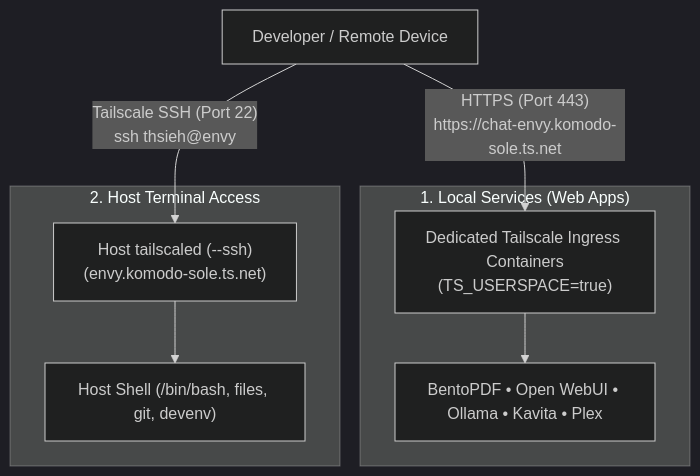
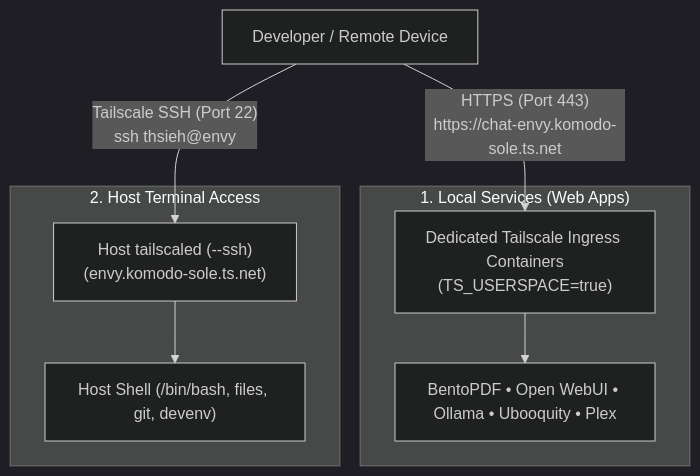
Before and after one commit to TonyHsieh/setup-linux-scripts: the second of 2 diagrams in docs/tailscale-ssh.md, drawn with Mermaid (dark theme). The commit also changed 6 other files, not shown here.

Commit message:
feat(services): replace Kavita with Ubooquity 3 and document Tailscale FQDN pattern

````diff
--- a/docs/tailscale-ssh.md
+++ b/docs/tailscale-ssh.md
@@ -50,19 +50,19 @@
 ```mermaid
 flowchart TD
     User["Developer / Remote Device"]
 
     subgraph WebServices["1. Local Services (Web Apps)"]
         Sidecars["Dedicated Tailscale Ingress Containers\n(TS_USERSPACE=true)"]
-        WebApps["BentoPDF • Open WebUI • Ollama • Kavita • Plex"]
+        WebApps["BentoPDF • Open WebUI • Ollama • Ubooquity • Plex"]
         Sidecars --> WebApps
     end
 
     subgraph HostTerminal["2. Host Terminal Access"]
         HostDaemon["Host tailscaled (--ssh)\n(envy.komodo-sole.ts.net)"]
         HostShell["Host Shell (/bin/bash, files, git, devenv)"]
         HostDaemon --> HostShell
     end
 
     User -->|"HTTPS (Port 443)\nhttps://chat-envy.komodo-sole.ts.net"| Sidecars
     User -->|"Tailscale SSH (Port 22)\nssh thsieh@envy"| HostDaemon
 ```
````
